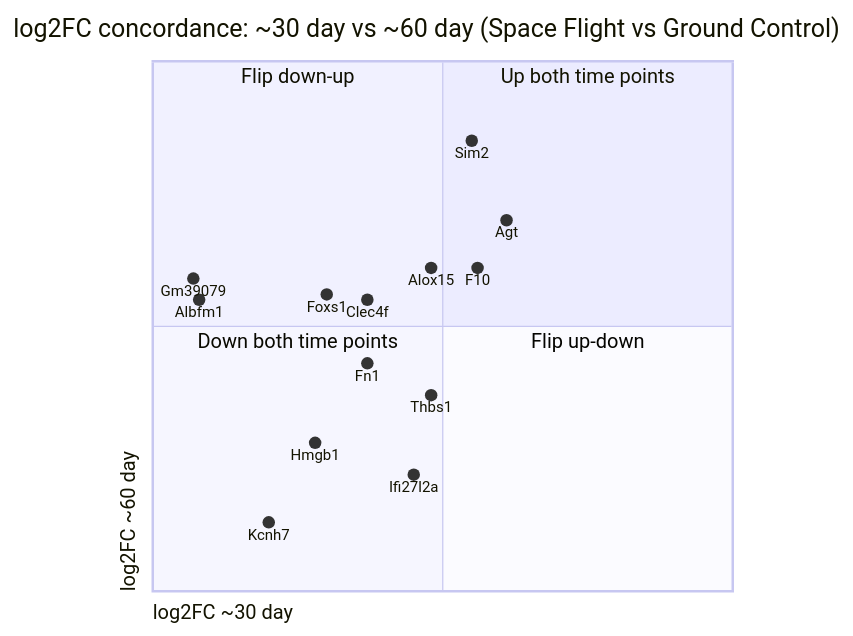
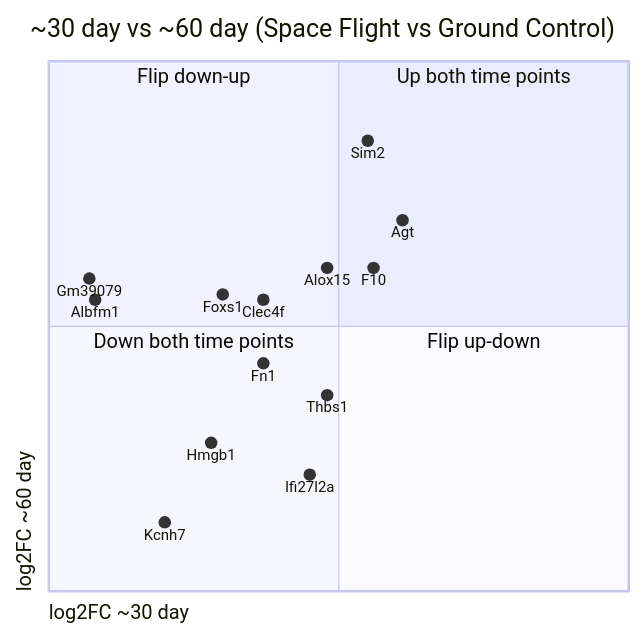
Before and after one commit to sbl-sdsc/mcp-proto-okn: the third of 5 diagrams in docs/examples/spoke-genelab_differential_expression_osd-244.md, drawn with Mermaid.

Commit message:
updated example

````diff
--- a/docs/examples/spoke-genelab_differential_expression_osd-244.md
+++ b/docs/examples/spoke-genelab_differential_expression_osd-244.md
@@ -272,23 +272,23 @@
 ```mermaid
 quadrantChart
-    title log2FC concordance: ~30 day vs ~60 day (Space Flight vs Ground Control)
+    title ~30 day vs ~60 day (Space Flight vs Ground Control)
     x-axis "log2FC ~30 day"
     y-axis "log2FC ~60 day"
     quadrant-1 Up both time points
     quadrant-2 Flip down-up
     quadrant-3 Down both time points
     quadrant-4 Flip up-down
     Sim2: [0.55, 0.85]
     Foxs1: [0.30, 0.56]
     Agt: [0.61, 0.70]
     Clec4f: [0.37, 0.55]
     F10: [0.56, 0.61]
     Alox15: [0.48, 0.61]
     Thbs1: [0.48, 0.37]
     Ifi27l2a: [0.45, 0.22]
     Fn1: [0.37, 0.43]
     Gm39079: [0.07, 0.59]
     Albfm1: [0.08, 0.55]
     Kcnh7: [0.20, 0.13]
     Hmgb1: [0.28, 0.28]
 ```
````
